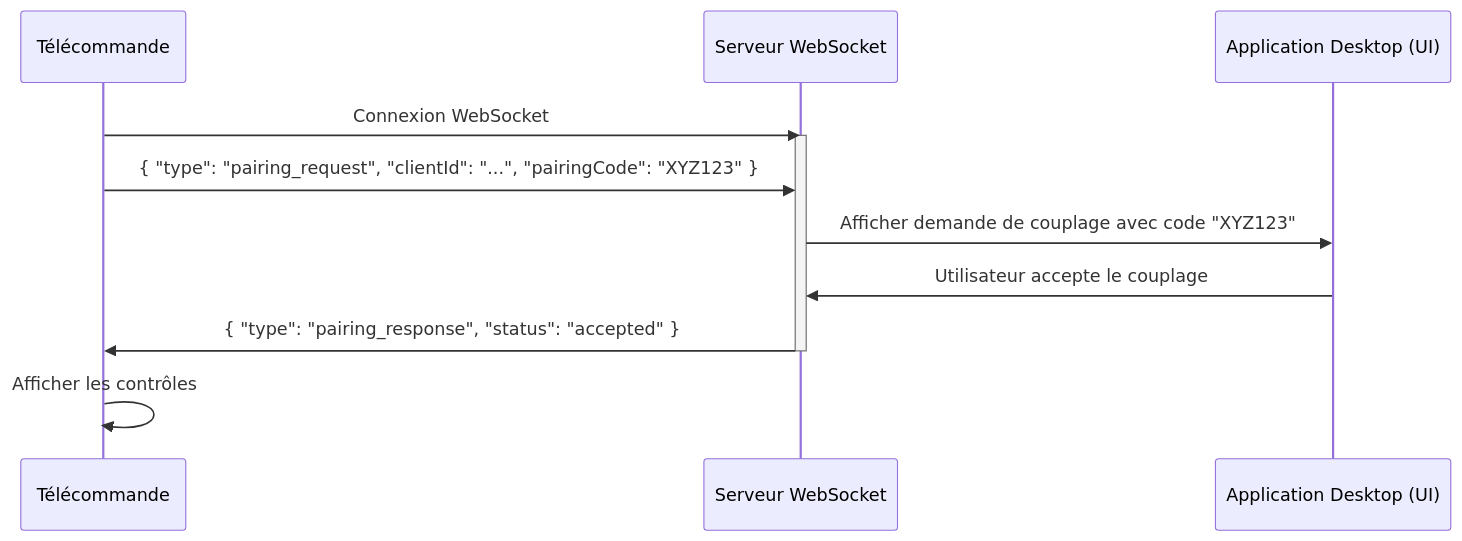
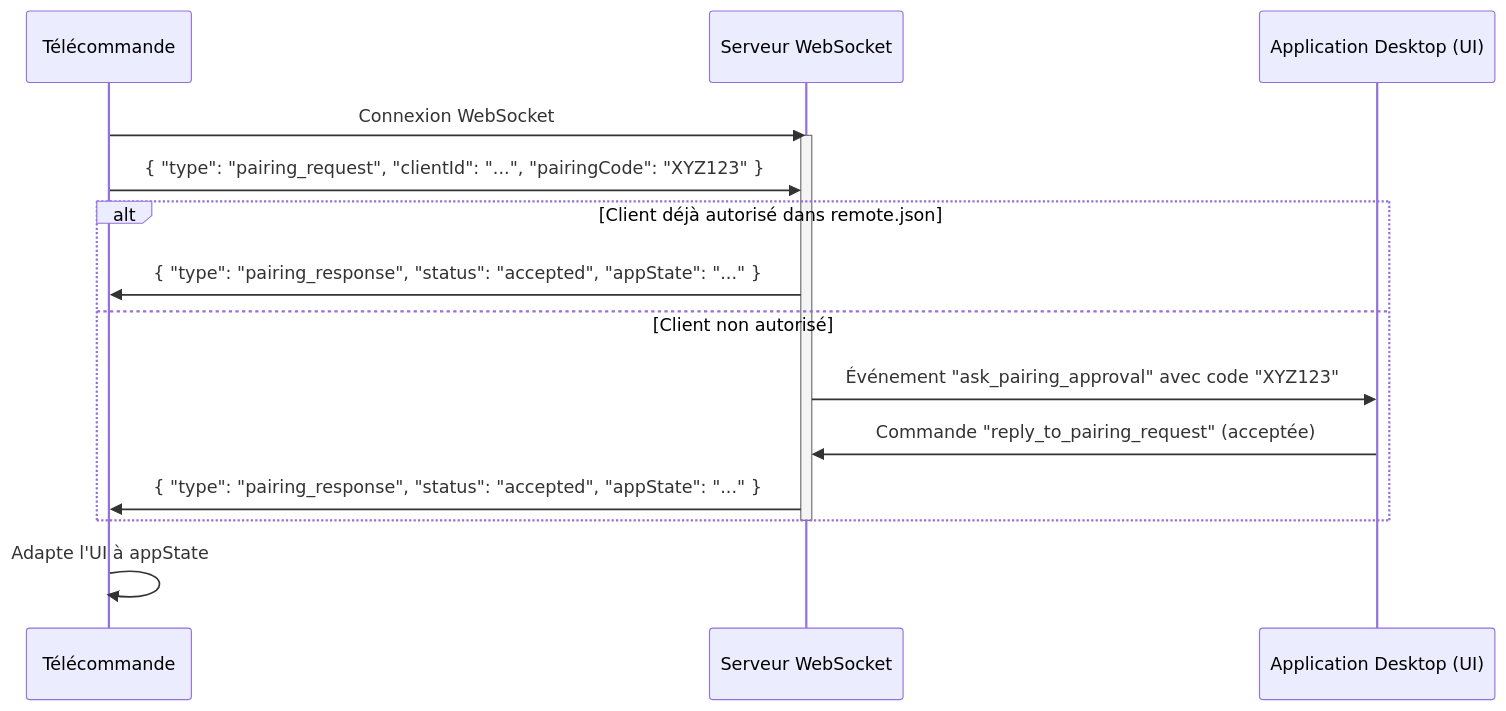
The sixth of 8 diagrams in documentation/remote_interface_spec.md (JMBaubet/VisuGPS), drawn with Mermaid before and after one commit. The commit also changed other lines of this file and 1 other file, not shown here.

````diff
--- a/documentation/remote_interface_spec.md
+++ b/documentation/remote_interface_spec.md
@@ -134,15 +159,21 @@
 ```mermaid
 sequenceDiagram
     participant Client as Télécommande
     participant Server as Serveur WebSocket
     participant DesktopUI as Application Desktop (UI)
 
     Client->>Server: Connexion WebSocket
     activate Server
     Client->>Server: { "type": "pairing_request", "clientId": "...", "pairingCode": "XYZ123" }
-    Server->>DesktopUI: Afficher demande de couplage avec code "XYZ123"
-    DesktopUI->>Server: Utilisateur accepte le couplage
-    Server->>Client: { "type": "pairing_response", "status": "accepted" }
+    
+    alt Client déjà autorisé dans remote.json
+        Server->>Client: { "type": "pairing_response", "status": "accepted", "appState": "..." }
+    else Client non autorisé
+        Server->>DesktopUI: Événement "ask_pairing_approval" avec code "XYZ123"
+        DesktopUI->>Server: Commande "reply_to_pairing_request" (acceptée)
+        Server->>Client: { "type": "pairing_response", "status": "accepted", "appState": "..." }
+    end
+
     deactivate Server
-    Client->>Client: Afficher les contrôles
+    Client->>Client: Adapte l'UI à appState
 ```
````
